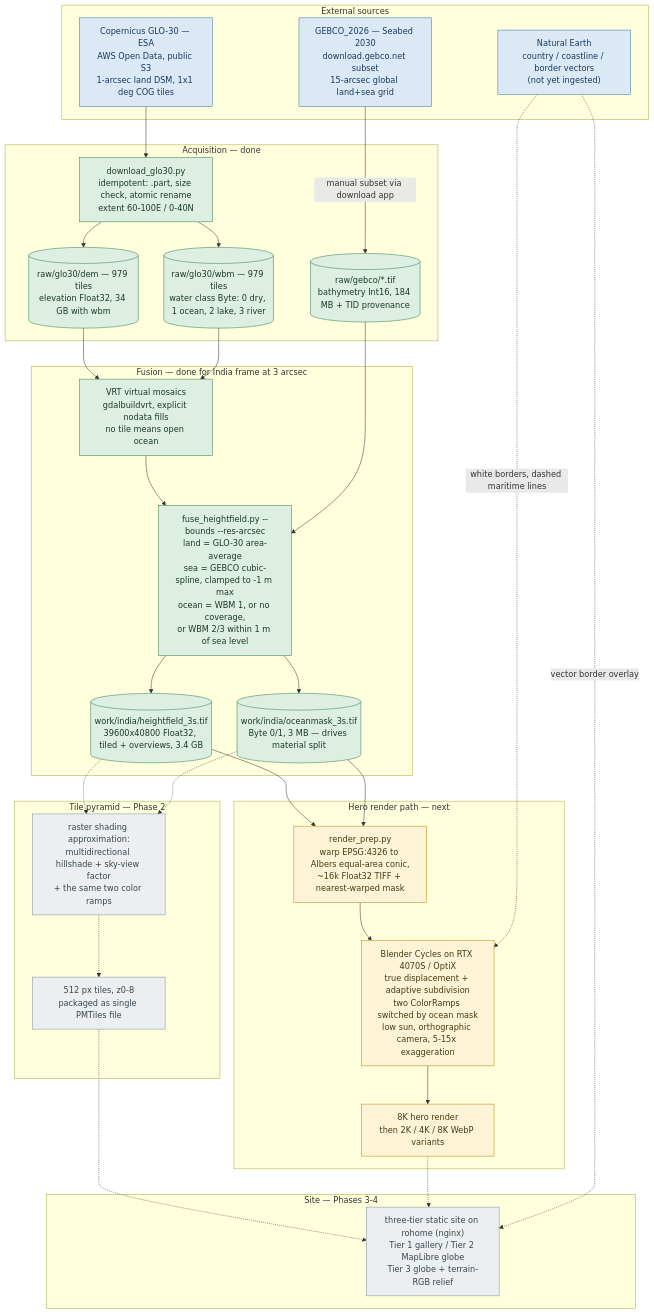
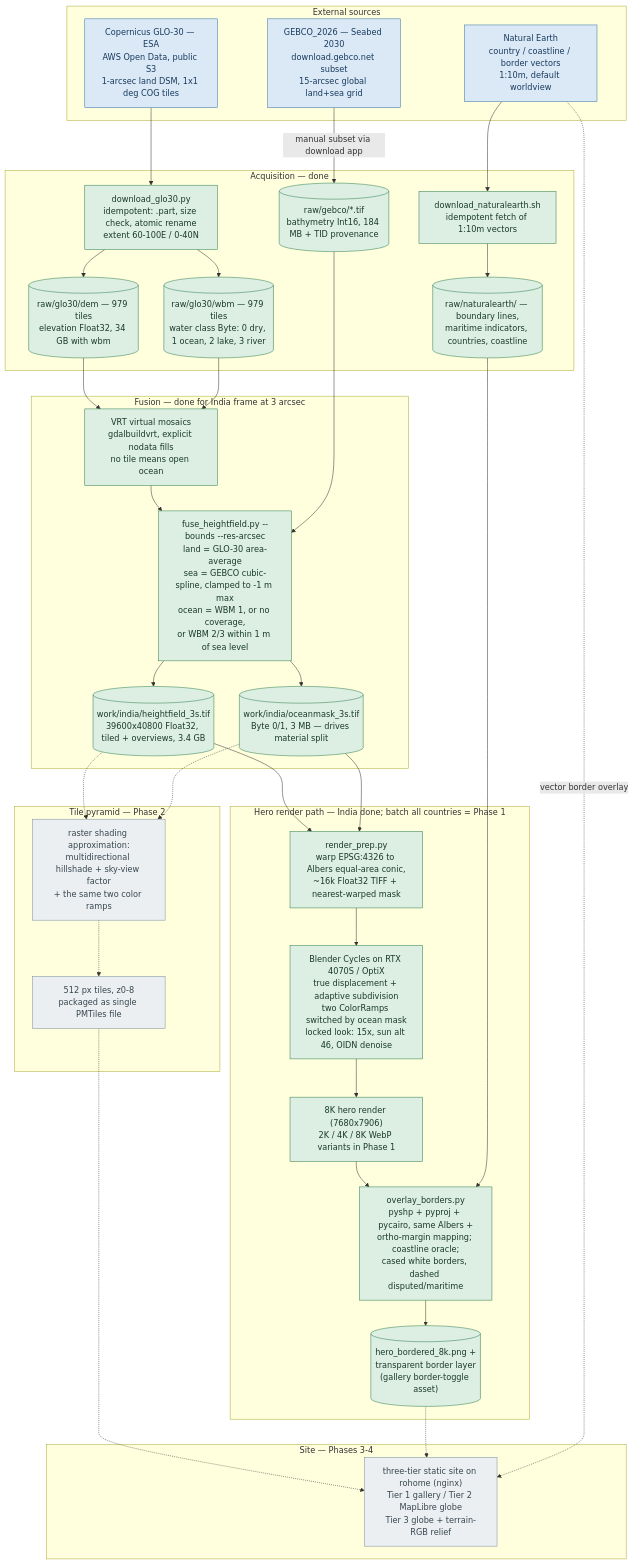
One commit to Alchez/terrella changed the diagram in docs/pipeline-detail.mmd. Above: the diagram before and after it, drawn with Mermaid. The commit also changed 1 other file, not shown here.

Commit message:
docs: update pipeline diagrams

```diff
--- a/docs/pipeline-detail.mmd
+++ b/docs/pipeline-detail.mmd
@@ -1,75 +1,83 @@
 %% Low-level companion to pipeline-overview.mmd — same structure, full technical
 %% labels. Update both when the pipeline changes.
 
 flowchart TD
 
   subgraph SRC["External sources"]
     S1["Copernicus GLO-30 — ESA<br/>AWS Open Data, public S3<br/>1-arcsec land DSM, 1x1 deg COG tiles"]
     S2["GEBCO_2026 — Seabed 2030<br/>download.gebco.net subset<br/>15-arcsec global land+sea grid"]
-    S3["Natural Earth<br/>country / coastline / border vectors<br/>(not yet ingested)"]
+    S3["Natural Earth<br/>country / coastline / border vectors<br/>1:10m, default worldview"]
   end
 
   subgraph ACQ["Acquisition — done"]
     D1["download_glo30.py<br/>idempotent: .part, size check, atomic rename<br/>extent 60-100E / 0-40N"]
     R1[("raw/glo30/dem — 979 tiles<br/>elevation Float32, 34 GB with wbm")]
     R2[("raw/glo30/wbm — 979 tiles<br/>water class Byte: 0 dry, 1 ocean, 2 lake, 3 river")]
     R3[("raw/gebco/*.tif<br/>bathymetry Int16, 184 MB + TID provenance")]
+    D2["download_naturalearth.sh<br/>idempotent fetch of 1:10m vectors"]
+    R4[("raw/naturalearth/ — boundary lines,<br/>maritime indicators, countries, coastline")]
   end
 
   S1 --> D1
   D1 --> R1
   D1 --> R2
   S2 -->|manual subset via download app| R3
+  S3 --> D2
+  D2 --> R4
 
   subgraph FUSE["Fusion — done for India frame at 3 arcsec"]
     V["VRT virtual mosaics<br/>gdalbuildvrt, explicit nodata fills<br/>no tile means open ocean"]
     F["fuse_heightfield.py --bounds --res-arcsec<br/>land = GLO-30 area-average<br/>sea = GEBCO cubic-spline, clamped to -1 m max<br/>ocean = WBM 1, or no coverage,<br/>or WBM 2/3 within 1 m of sea level"]
     O1[("work/india/heightfield_3s.tif<br/>39600x40800 Float32, tiled + overviews, 3.4 GB")]
     O2[("work/india/oceanmask_3s.tif<br/>Byte 0/1, 3 MB — drives material split")]
   end
 
   R1 --> V
   R2 --> V
   V --> F
   R3 --> F
   F --> O1
   F --> O2
 
-  subgraph HERO["Hero render path — next"]
+  subgraph HERO["Hero render path — India done; batch all countries = Phase 1"]
     P["render_prep.py<br/>warp EPSG:4326 to Albers equal-area conic,<br/>~16k Float32 TIFF + nearest-warped mask"]
-    B["Blender Cycles on RTX 4070S / OptiX<br/>true displacement + adaptive subdivision<br/>two ColorRamps switched by ocean mask<br/>low sun, orthographic camera, 5-15x exaggeration"]
-    H8["8K hero render<br/>then 2K / 4K / 8K WebP variants"]
+    B["Blender Cycles on RTX 4070S / OptiX<br/>true displacement + adaptive subdivision<br/>two ColorRamps switched by ocean mask<br/>locked look: 15x, sun alt 46, OIDN denoise"]
+    H8["8K hero render (7680x7906)<br/>2K / 4K / 8K WebP variants in Phase 1"]
+    OV["overlay_borders.py<br/>pyshp + pyproj + pycairo, same Albers +<br/>ortho-margin mapping; coastline oracle;<br/>cased white borders, dashed disputed/maritime"]
+    HF[("hero_bordered_8k.png +<br/>transparent border layer<br/>(gallery border-toggle asset)")]
   end
 
   O1 --> P
   O2 --> P
   P --> B
   B --> H8
-  S3 -.->|white borders, dashed maritime lines| B
+  H8 --> OV
+  R4 --> OV
+  OV --> HF
 
   subgraph TILES["Tile pyramid — Phase 2"]
     T1["raster shading approximation:<br/>multidirectional hillshade + sky-view factor<br/>+ the same two color ramps"]
     T2["512 px tiles, z0-8<br/>packaged as single PMTiles file"]
   end
 
   O1 -.-> T1
   O2 -.-> T1
   T1 -.-> T2
 
   subgraph SITE["Site — Phases 3-4"]
     W["three-tier static site on rohome (nginx)<br/>Tier 1 gallery / Tier 2 MapLibre globe<br/>Tier 3 globe + terrain-RGB relief"]
   end
 
   T2 -.-> W
-  H8 -.-> W
+  HF -.-> W
   S3 -.->|vector border overlay| W
 
   classDef ext fill:#dbe9f6,stroke:#3572a5,color:#173a5e
   classDef done fill:#dcefe2,stroke:#2e7d4f,color:#1a3a28
   classDef next fill:#fdf3d7,stroke:#b8860b,color:#4a3a10
   classDef plan fill:#eceff1,stroke:#78909c,color:#37474f
 
   class S1,S2,S3 ext
-  class D1,R1,R2,R3,V,F,O1,O2 done
-  class P,B,H8 next
+  class D1,R1,R2,R3,D2,R4,V,F,O1,O2 done
+  class P,B,H8,OV,HF done
   class T1,T2,W plan
```
